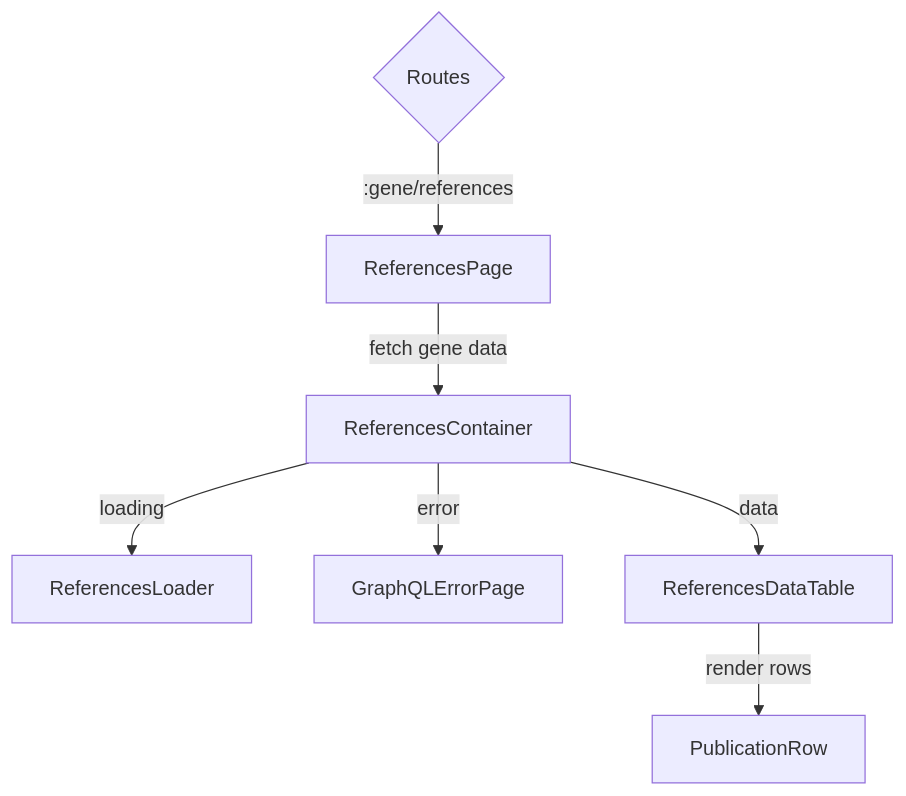
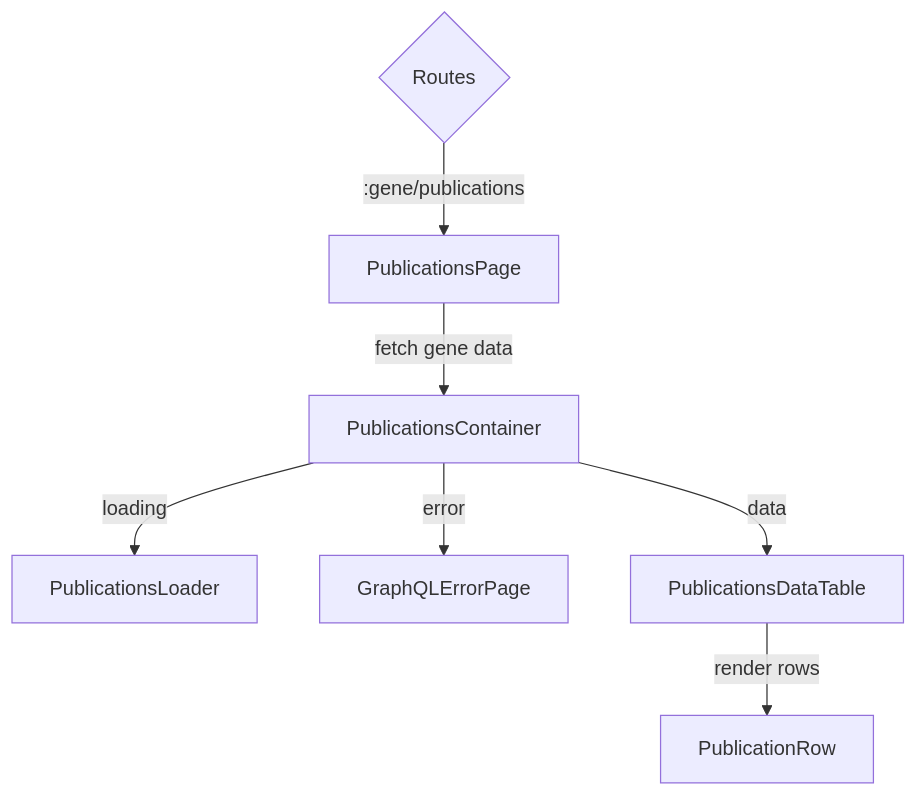
The diagram in src/features/Publications/publications.mmd (dictyBase/genomepage), drawn with Mermaid before and after one commit. The commit also changed 5 other files, not shown here.

```diff
--- a/src/features/Publications/publications.mmd
+++ b/src/features/Publications/publications.mmd
@@ -1,7 +1,7 @@
 graph TD
-    A{Routes} --> |:gene/references| B[ReferencesPage]
-    B --> |fetch gene data| C[ReferencesContainer]
-    C --> |loading| D[ReferencesLoader]
+    A{Routes} --> |:gene/publications| B[PublicationsPage]
+    B --> |fetch gene data| C[PublicationsContainer]
+    C --> |loading| D[PublicationsLoader]
     C --> |error| E[GraphQLErrorPage]
-    C --> |data| F[ReferencesDataTable]
+    C --> |data| F[PublicationsDataTable]
     F --> |render rows| G[PublicationRow]
```
